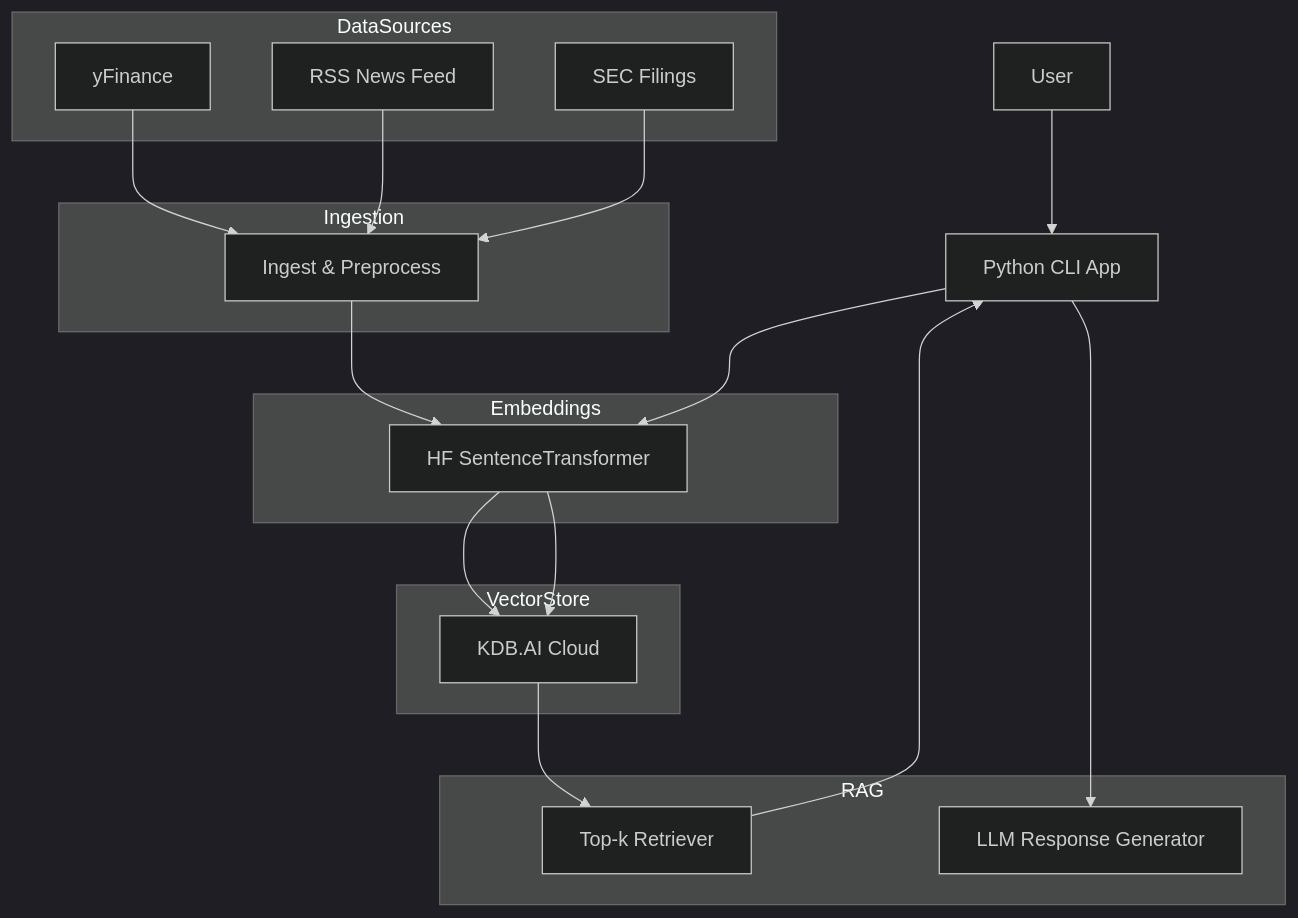
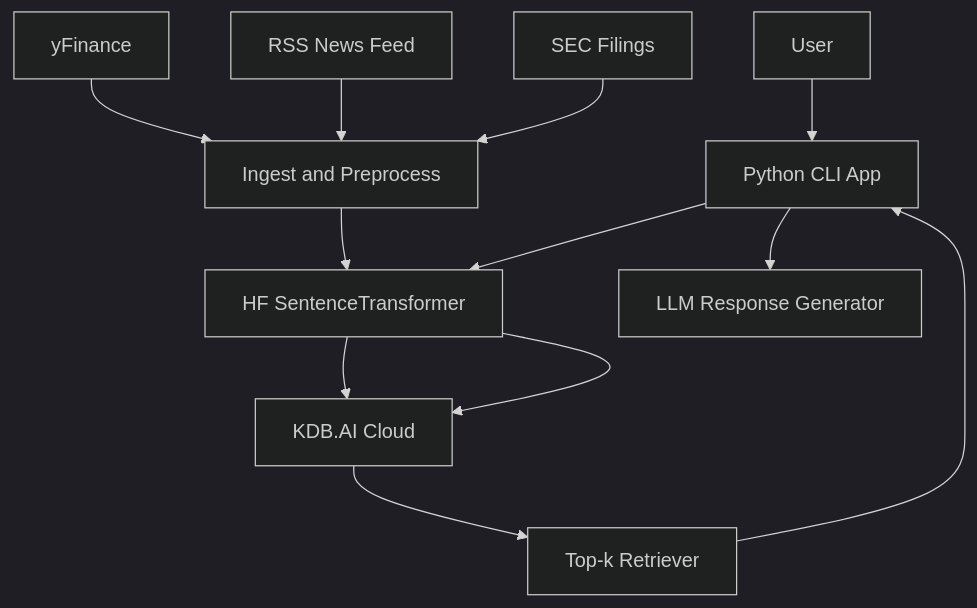
The first of 2 diagrams in README.md (chankeypathak/rag-stock-assistant), drawn with Mermaid (dark theme) before and after one commit. The commit also changed other lines of this file, not shown here.

````diff
--- a/README.md
+++ b/README.md
@@ -23,38 +24,25 @@
 ```mermaid
 flowchart TD
-  U[User] --> CLI[Python CLI App]
+  U[User]
+  CLI[Python CLI App]
+  YF[yFinance]
+  RSS[RSS News Feed]
+  SEC[SEC Filings]
+  INGEST[Ingest and Preprocess]
+  HF[HF SentenceTransformer]
+  KDB[KDB.AI Cloud]
+  RETRIEVE[Top-k Retriever]
+  LLM[LLM Response Generator]
 
-  subgraph DataSources
-    YF[yFinance]
-    RSS[RSS News Feed]
-    SEC[SEC Filings]
-  end
-
-  subgraph Ingestion
-    INGEST[Ingest & Preprocess]
-  end
-
-  subgraph Embeddings
-    HF[HF SentenceTransformer]
-  end
-
-  subgraph VectorStore
-    KDB[KDB.AI Cloud]
-  end
-
-  subgraph RAG
-    RETRIEVE[Top-k Retriever]
-    LLM[LLM Response Generator]
-  end
-
+  U --> CLI
   YF --> INGEST
   RSS --> INGEST
   SEC --> INGEST
   INGEST --> HF
   HF --> KDB
   CLI --> HF
   HF --> KDB
   KDB --> RETRIEVE
   RETRIEVE --> CLI
   CLI --> LLM
 ```
````
